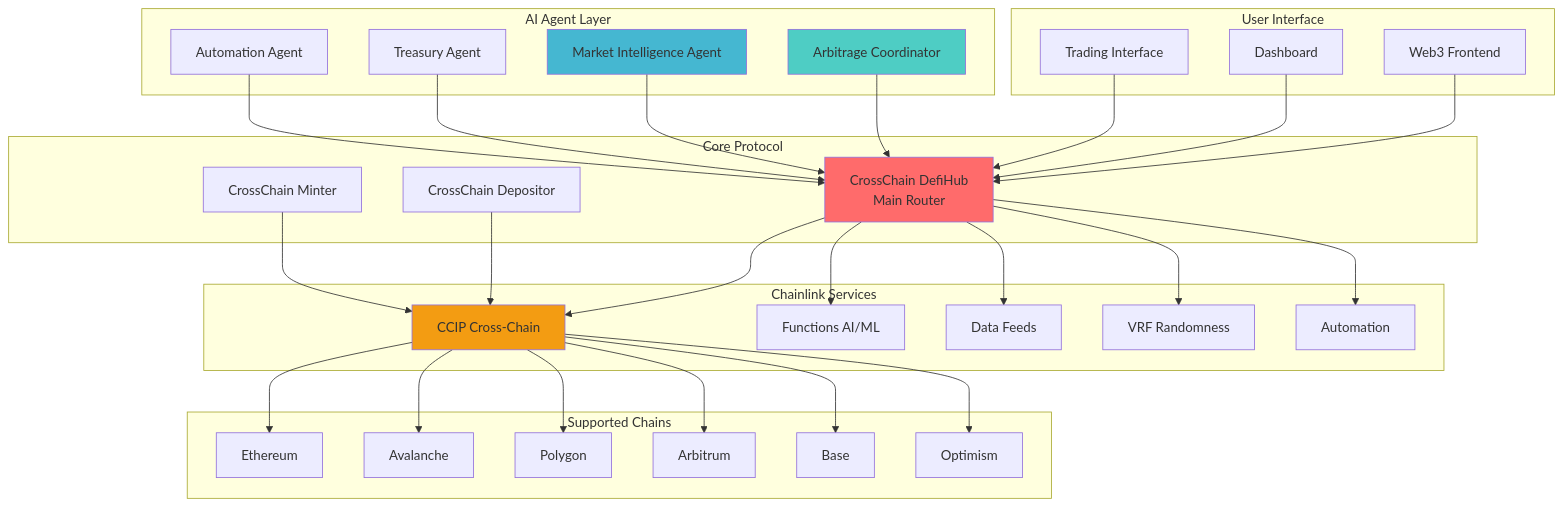
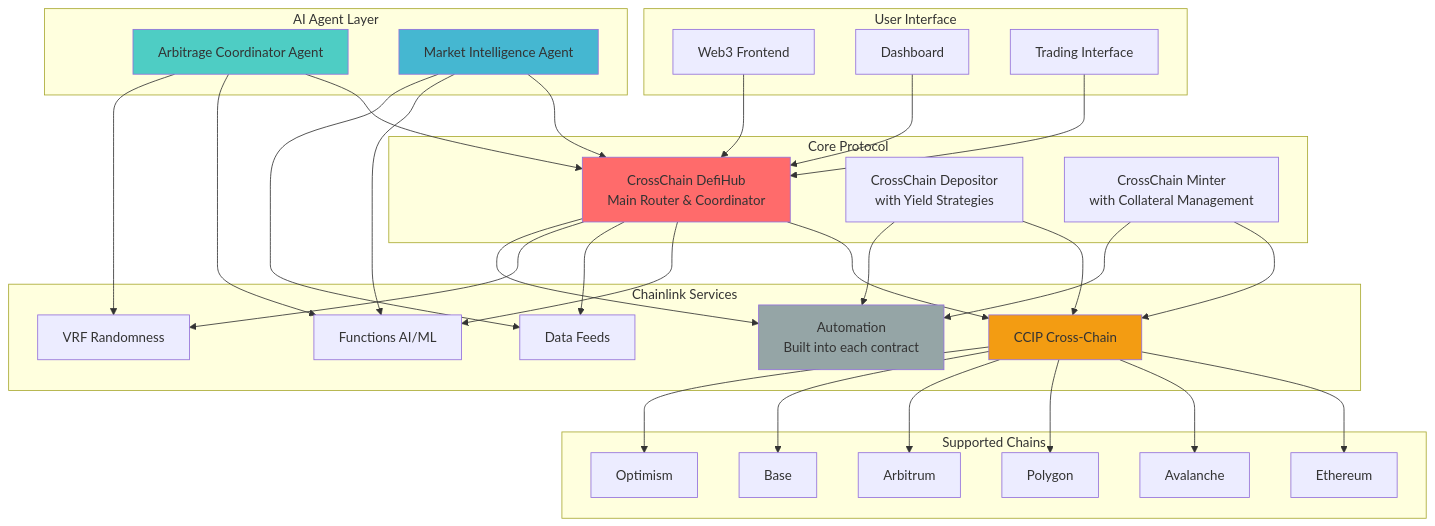
Before and after one commit to abhishek-01k/crosschaindefi: the first of 4 diagrams in README.md, drawn with Mermaid. The commit also changed other lines of this file, not shown here.

Commit message:
add the updated architecture diagram

````diff
--- a/README.md
+++ b/README.md
@@ -88,68 +88,71 @@
 ```mermaid
 graph TB
     subgraph "User Interface"
         UI[Web3 Frontend]
         DASH[Dashboard]
         TRADE[Trading Interface]
     end
 
     subgraph "AI Agent Layer"
-        ACA[Arbitrage Coordinator]
+        ACA[Arbitrage Coordinator Agent]
         MIA[Market Intelligence Agent]
-        TRA[Treasury Agent]
-        AUTO[Automation Agent]
     end
 
     subgraph "Core Protocol"
-        HUB[CrossChain DefiHub<br/>Main Router]
-        DEP[CrossChain Depositor]
-        MINT[CrossChain Minter]
+        HUB[CrossChain DefiHub<br/>Main Router & Coordinator]
+        DEP[CrossChain Depositor<br/>with Yield Strategies]
+        MINT[CrossChain Minter<br/>with Collateral Management]
     end
 
     subgraph "Chainlink Services"
         CCIP[CCIP Cross-Chain]
         FUNC[Functions AI/ML]
         FEED[Data Feeds]
         VRF[VRF Randomness]
-        AUTO_CL[Automation]
+        AUTO_CL[Automation<br/>Built into each contract]
     end
 
     subgraph "Supported Chains"
         ETH[Ethereum]
         AVAX[Avalanche]
         POLY[Polygon]
         ARB[Arbitrum]
         BASE[Base]
         OPT[Optimism]
     end
 
     UI --> HUB
     DASH --> HUB
     TRADE --> HUB
 
     ACA --> HUB
     MIA --> HUB
-    TRA --> HUB
-    AUTO --> HUB
+    ACA --> FUNC
+    ACA --> VRF
+    MIA --> FUNC
+    MIA --> FEED
 
     HUB --> CCIP
     HUB --> FUNC
     HUB --> FEED
     HUB --> VRF
     HUB --> AUTO_CL
 
     DEP --> CCIP
+    DEP --> AUTO_CL
     MINT --> CCIP
+    MINT --> AUTO_CL
 
     CCIP --> ETH
     CCIP --> AVAX
     CCIP --> POLY
     CCIP --> ARB
     CCIP --> BASE
     CCIP --> OPT
 
     style HUB fill:#ff6b6b
     style ACA fill:#4ecdc4
     style MIA fill:#45b7d1
     style CCIP fill:#f39c12
+    style AUTO_CL fill:#95a5a6
 ```
````
